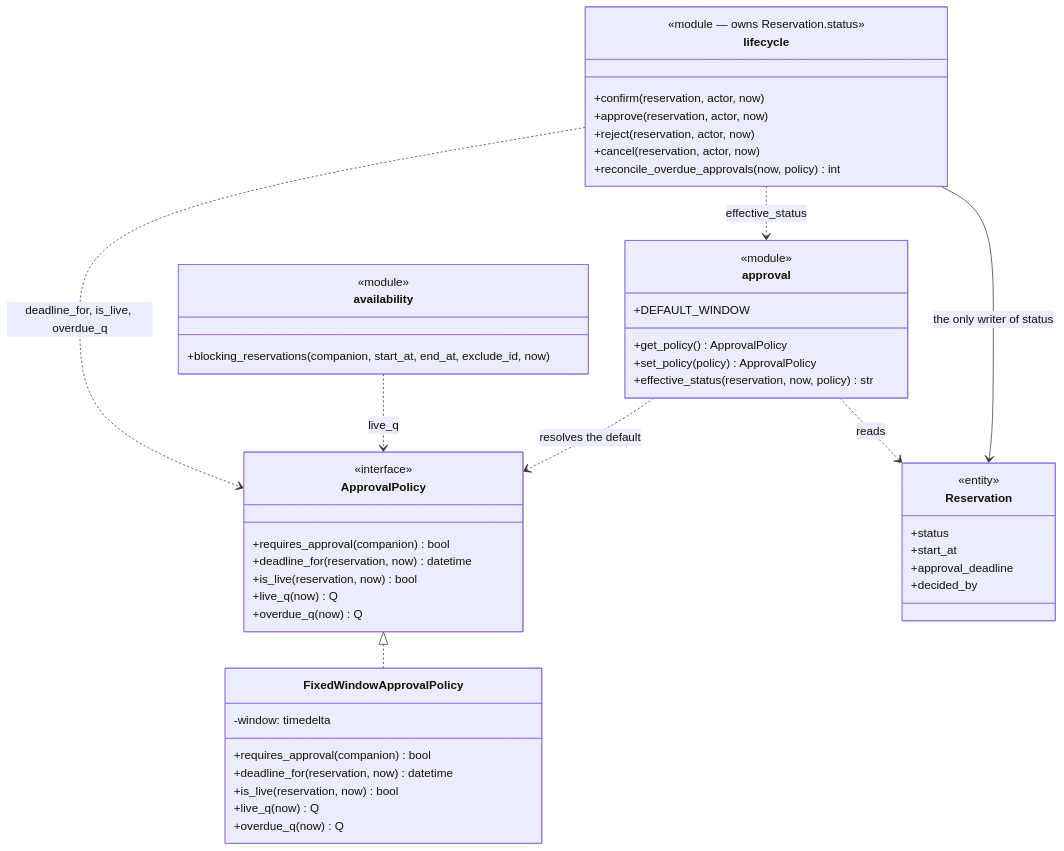
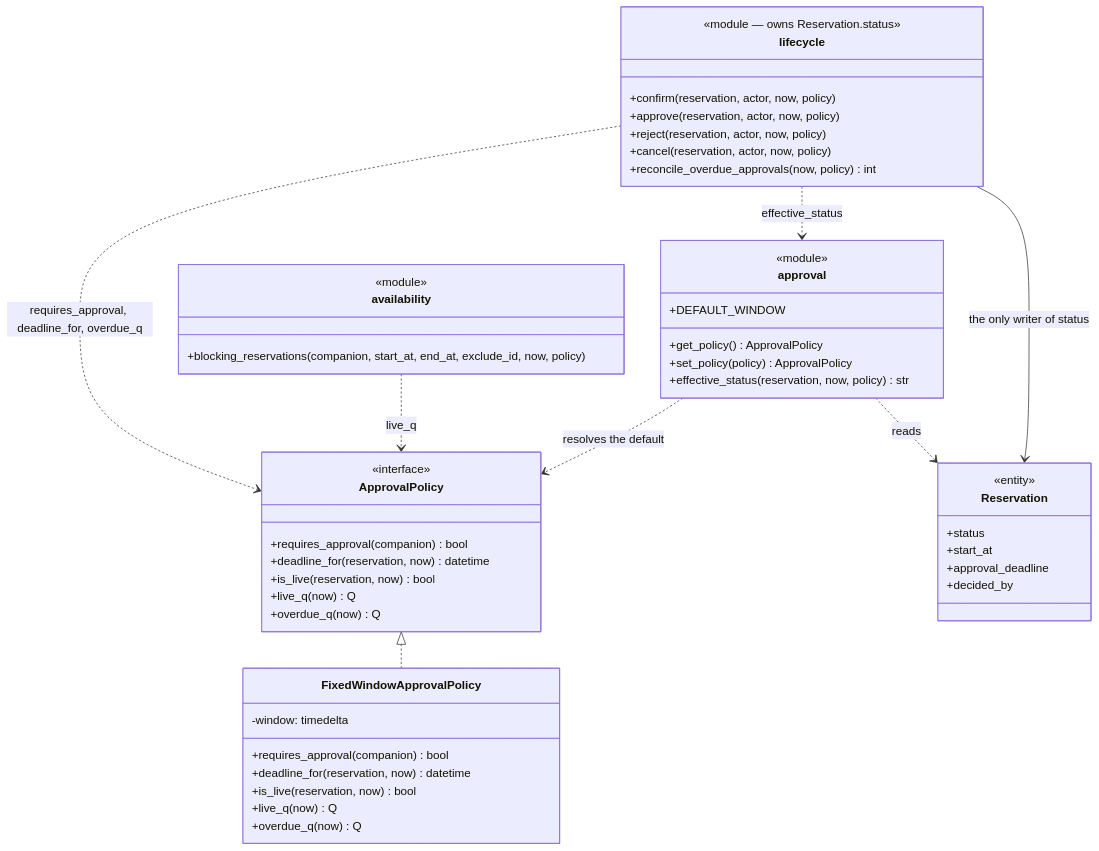
The ninth of 10 diagrams in docs/architecture-and-decisions.md (palcat13/SWI-Projekt), drawn with Mermaid before and after one commit. The commit also changed other lines of this file and 11 other files, not shown here.

````diff
--- a/docs/architecture-and-decisions.md
+++ b/docs/architecture-and-decisions.md
@@ -1027,53 +1132,53 @@
 ```mermaid
 classDiagram
   class ApprovalPolicy {
     <<interface>>
     +requires_approval(companion) bool
     +deadline_for(reservation, now) datetime
     +is_live(reservation, now) bool
     +live_q(now) Q
     +overdue_q(now) Q
   }
   class FixedWindowApprovalPolicy {
     -window: timedelta
     +requires_approval(companion) bool
     +deadline_for(reservation, now) datetime
     +is_live(reservation, now) bool
     +live_q(now) Q
     +overdue_q(now) Q
   }
   class approval {
     <<module>>
     +DEFAULT_WINDOW
     +get_policy() ApprovalPolicy
     +set_policy(policy) ApprovalPolicy
     +effective_status(reservation, now, policy) str
   }
   class lifecycle {
     <<module — owns Reservation.status>>
-    +confirm(reservation, actor, now)
-    +approve(reservation, actor, now)
-    +reject(reservation, actor, now)
-    +cancel(reservation, actor, now)
+    +confirm(reservation, actor, now, policy)
+    +approve(reservation, actor, now, policy)
+    +reject(reservation, actor, now, policy)
+    +cancel(reservation, actor, now, policy)
     +reconcile_overdue_approvals(now, policy) int
   }
   class availability {
     <<module>>
-    +blocking_reservations(companion, start_at, end_at, exclude_id, now)
+    +blocking_reservations(companion, start_at, end_at, exclude_id, now, policy)
   }
   class Reservation {
     <<entity>>
     +status
     +start_at
     +approval_deadline
     +decided_by
   }
 
   ApprovalPolicy <|.. FixedWindowApprovalPolicy
   approval ..> ApprovalPolicy : resolves the default
-  lifecycle ..> ApprovalPolicy : deadline_for, is_live, overdue_q
+  lifecycle ..> ApprovalPolicy : requires_approval, deadline_for, overdue_q
   lifecycle ..> approval : effective_status
   availability ..> ApprovalPolicy : live_q
   approval ..> Reservation : reads
   lifecycle --> Reservation : the only writer of status
 ```
````
